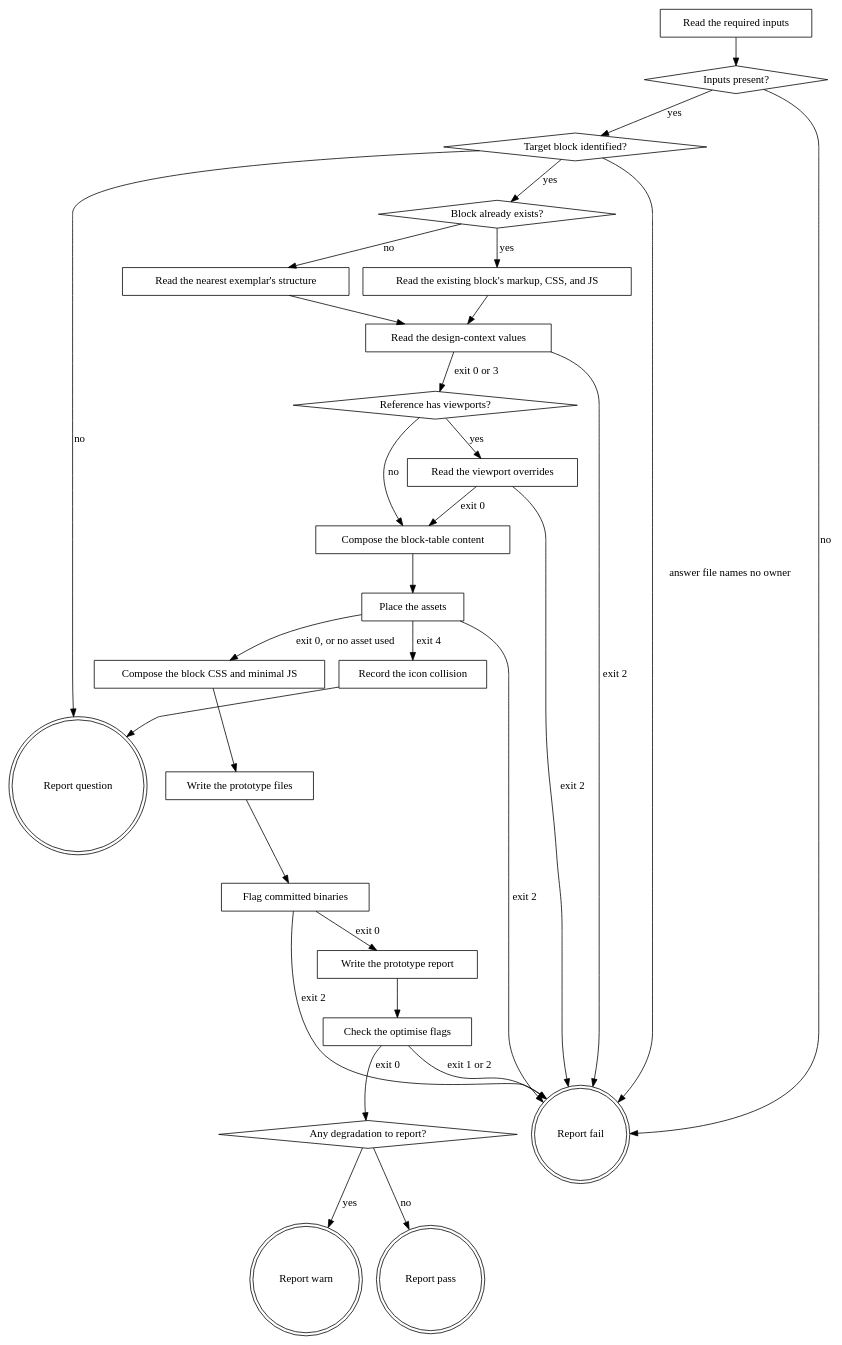
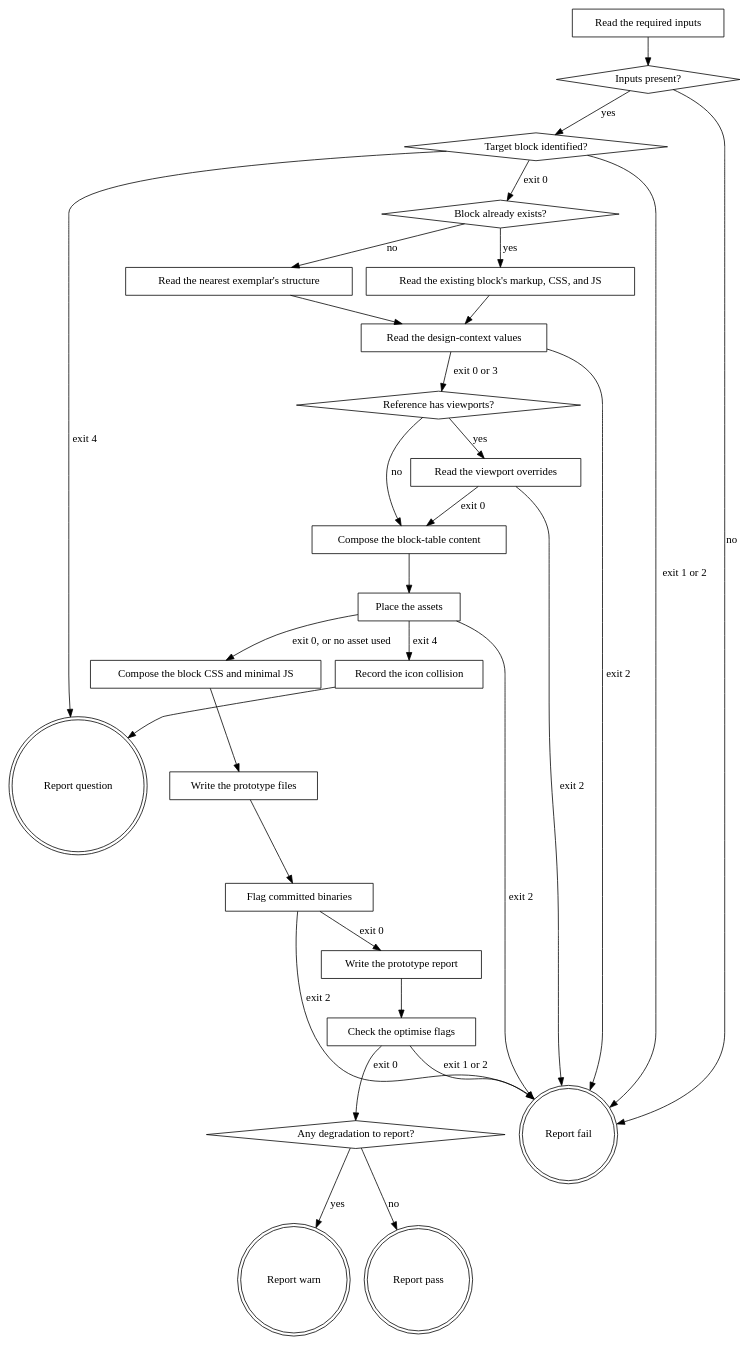
Before and after one commit to agenticDraft/aem-eds-ai-workflow-demo: the diagram in plugins/eds/skills/eds-prototype/SKILL.md, drawn with Graphviz. The commit also changed other lines of this file, not shown here.

First line of the commit message:
eds-prototype resolves its target through resolve-target.py, never the first of a list

````diff
--- a/plugins/eds/skills/eds-prototype/SKILL.md
+++ b/plugins/eds/skills/eds-prototype/SKILL.md
@@ -46,57 +46,57 @@
 ```dot
 digraph eds_prototype {
     "Read the required inputs" [shape=box];
     "Inputs present?" [shape=diamond];
     "Target block identified?" [shape=diamond];
     "Block already exists?" [shape=diamond];
     "Read the existing block's markup, CSS, and JS" [shape=box];
     "Read the nearest exemplar's structure" [shape=box];
     "Read the design-context values" [shape=box];
     "Reference has viewports?" [shape=diamond];
     "Read the viewport overrides" [shape=box];
     "Compose the block-table content" [shape=box];
     "Place the assets" [shape=box];
     "Record the icon collision" [shape=box];
     "Compose the block CSS and minimal JS" [shape=box];
     "Write the prototype files" [shape=box];
     "Flag committed binaries" [shape=box];
     "Write the prototype report" [shape=box];
     "Check the optimise flags" [shape=box];
     "Any degradation to report?" [shape=diamond];
     "Report fail" [shape=doublecircle];
     "Report question" [shape=doublecircle];
     "Report warn" [shape=doublecircle];
     "Report pass" [shape=doublecircle];
 
     "Read the required inputs" -> "Inputs present?";
     "Inputs present?" -> "Target block identified?" [label="yes"];
     "Inputs present?" -> "Report fail" [label="no"];
-    "Target block identified?" -> "Block already exists?" [label="yes"];
-    "Target block identified?" -> "Report question" [label="no"];
-    "Target block identified?" -> "Report fail" [label="answer file names no owner"];
+    "Target block identified?" -> "Block already exists?" [label="exit 0"];
+    "Target block identified?" -> "Report question" [label="exit 4"];
+    "Target block identified?" -> "Report fail" [label="exit 1 or 2"];
     "Block already exists?" -> "Read the existing block's markup, CSS, and JS" [label="yes"];
     "Block already exists?" -> "Read the nearest exemplar's structure" [label="no"];
     "Read the existing block's markup, CSS, and JS" -> "Read the design-context values";
     "Read the nearest exemplar's structure" -> "Read the design-context values";
     "Read the design-context values" -> "Reference has viewports?" [label="exit 0 or 3"];
     "Read the design-context values" -> "Report fail" [label="exit 2"];
     "Reference has viewports?" -> "Read the viewport overrides" [label="yes"];
     "Reference has viewports?" -> "Compose the block-table content" [label="no"];
     "Read the viewport overrides" -> "Compose the block-table content" [label="exit 0"];
     "Read the viewport overrides" -> "Report fail" [label="exit 2"];
     "Compose the block-table content" -> "Place the assets";
     "Place the assets" -> "Compose the block CSS and minimal JS" [label="exit 0, or no asset used"];
     "Place the assets" -> "Record the icon collision" [label="exit 4"];
     "Place the assets" -> "Report fail" [label="exit 2"];
     "Record the icon collision" -> "Report question";
     "Compose the block CSS and minimal JS" -> "Write the prototype files";
     "Write the prototype files" -> "Flag committed binaries";
     "Flag committed binaries" -> "Write the prototype report" [label="exit 0"];
     "Flag committed binaries" -> "Report fail" [label="exit 2"];
     "Write the prototype report" -> "Check the optimise flags";
     "Check the optimise flags" -> "Any degradation to report?" [label="exit 0"];
     "Check the optimise flags" -> "Report fail" [label="exit 1 or 2"];
     "Any degradation to report?" -> "Report warn" [label="yes"];
     "Any degradation to report?" -> "Report pass" [label="no"];
 }
 ```
````
